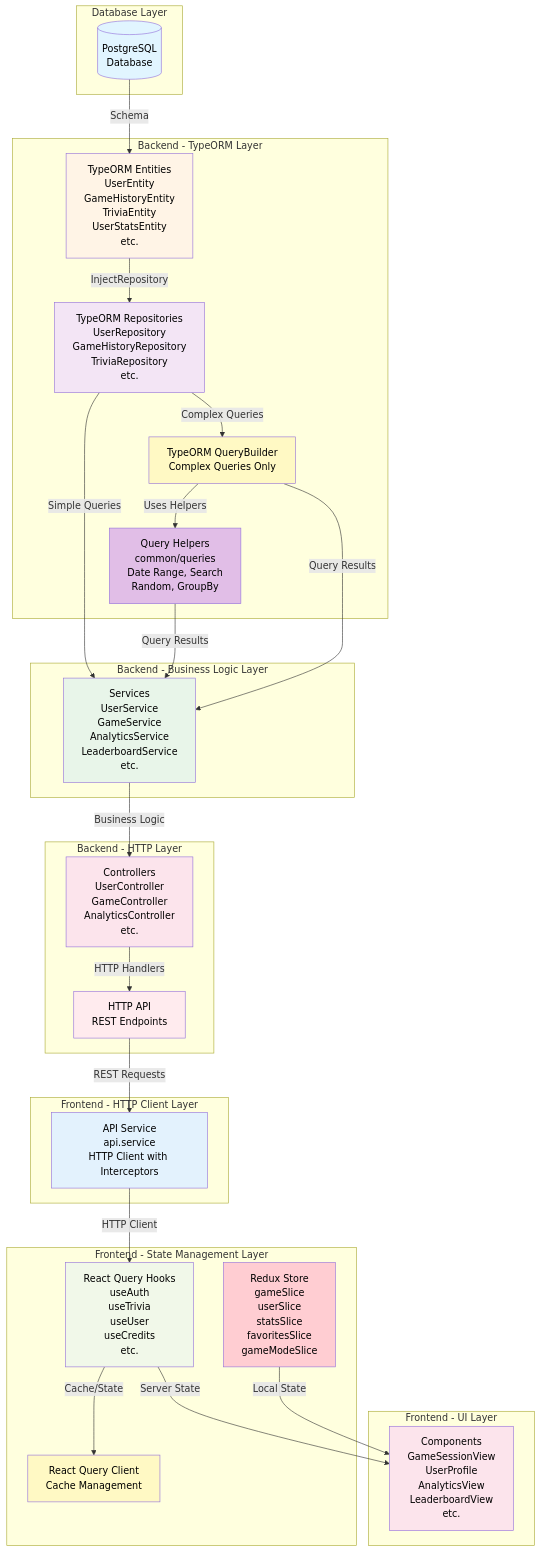
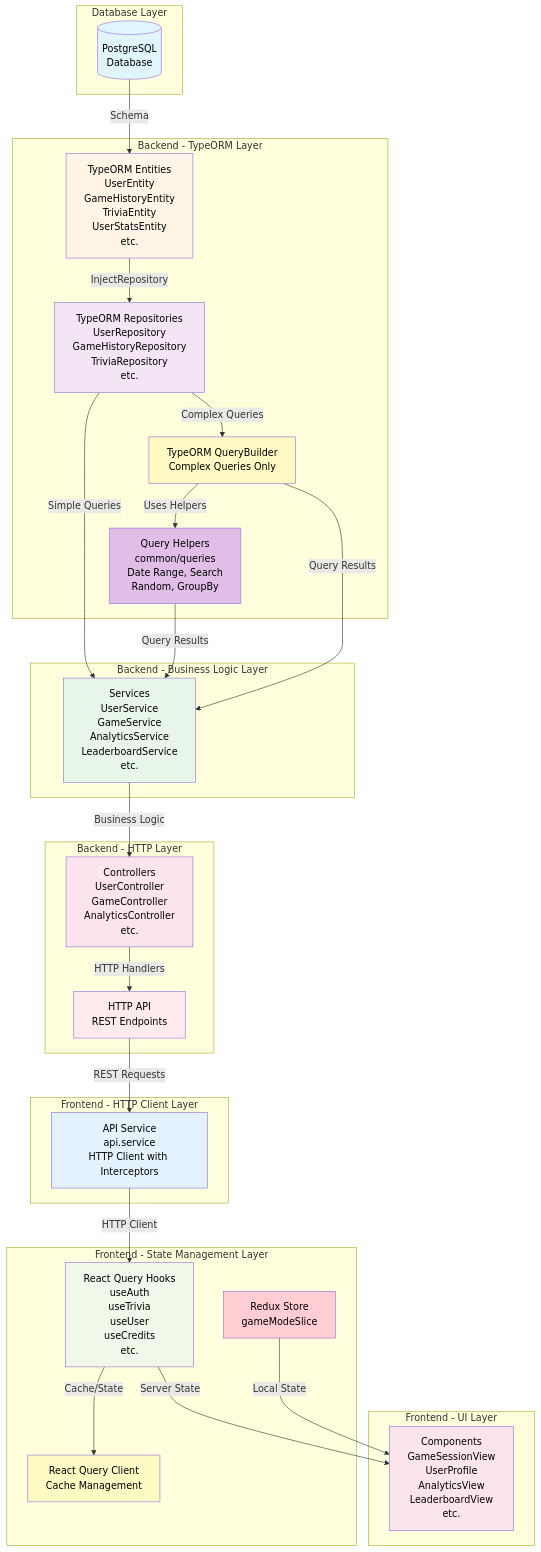
Diagram 27 of 28 in docs/DIAGRAMS.md (IsraelRub/EveryTriv), drawn with Mermaid before and after one commit. The commit also changed other lines of this file and 789 other files, not shown here.

````diff
--- a/docs/DIAGRAMS.md
+++ b/docs/DIAGRAMS.md
@@ -1821,65 +1741,65 @@
 ```mermaid
 graph TB
     subgraph "Database Layer"
         DB[(PostgreSQL<br/>Database)]
     end
 
     subgraph "Backend - TypeORM Layer"
         E[TypeORM Entities<br/>UserEntity<br/>GameHistoryEntity<br/>TriviaEntity<br/>UserStatsEntity<br/>etc.]
         R[TypeORM Repositories<br/>UserRepository<br/>GameHistoryRepository<br/>TriviaRepository<br/>etc.]
         QB[TypeORM QueryBuilder<br/>Complex Queries Only]
         QH[Query Helpers<br/>common/queries<br/>Date Range, Search<br/>Random, GroupBy]
     end
 
     subgraph "Backend - Business Logic Layer"
         S[Services<br/>UserService<br/>GameService<br/>AnalyticsService<br/>LeaderboardService<br/>etc.]
     end
 
     subgraph "Backend - HTTP Layer"
         C[Controllers<br/>UserController<br/>GameController<br/>AnalyticsController<br/>etc.]
         API[HTTP API<br/>REST Endpoints]
     end
 
     subgraph "Frontend - HTTP Client Layer"
         AS[API Service<br/>api.service<br/>HTTP Client with Interceptors]
     end
 
     subgraph "Frontend - State Management Layer"
-        RS[Redux Store<br/>gameSlice<br/>userSlice<br/>statsSlice<br/>favoritesSlice<br/>gameModeSlice]
+        RS[Redux Store<br/>gameModeSlice]
         RQ[React Query Hooks<br/>useAuth<br/>useTrivia<br/>useUser<br/>useCredits<br/>etc.]
         QC[React Query Client<br/>Cache Management]
     end
 
     subgraph "Frontend - UI Layer"
         COM[Components<br/>GameSessionView<br/>UserProfile<br/>AnalyticsView<br/>LeaderboardView<br/>etc.]
     end
 
     DB -->|Schema| E
     E -->|InjectRepository| R
     R -->|Simple Queries| S
     R -->|Complex Queries| QB
     QB -->|Uses Helpers| QH
     QH -->|Query Results| S
     QB -->|Query Results| S
     S -->|Business Logic| C
     C -->|HTTP Handlers| API
     API -->|REST Requests| AS
     AS -->|HTTP Client| RQ
     RQ -->|Cache/State| QC
     RQ -->|Server State| COM
     RS -->|Local State| COM
 
     style DB fill:#e1f5ff,color:#000000
     style E fill:#fff4e6,color:#000000
     style R fill:#f3e5f5,color:#000000
     style QB fill:#fff9c4,color:#000000
     style QH fill:#e1bee7,color:#000000
     style S fill:#e8f5e9,color:#000000
     style C fill:#fce4ec,color:#000000
     style API fill:#ffebee,color:#000000
     style AS fill:#e3f2fd,color:#000000
     style RS fill:#ffcdd2,color:#000000
     style RQ fill:#f1f8e9,color:#000000
     style QC fill:#fff9c4,color:#000000
     style COM fill:#fce4ec,color:#000000
 ```
````
